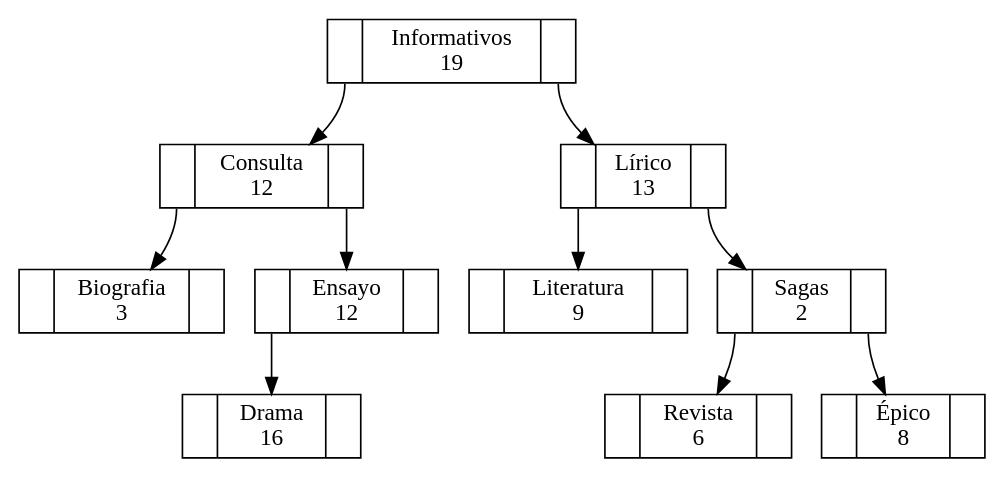
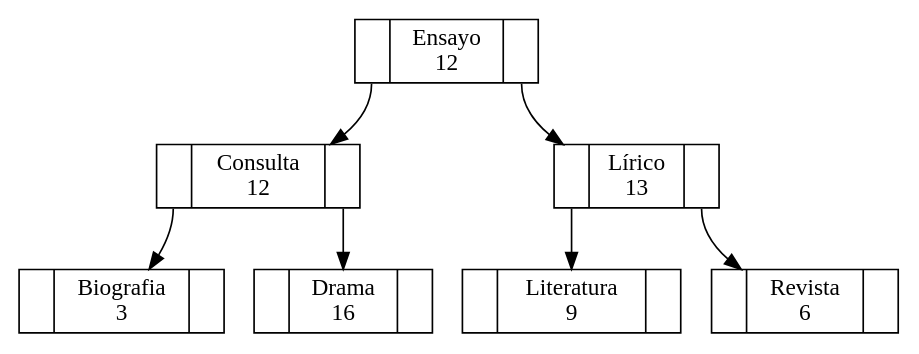
Before and after one commit to carlostex98/Block-Lib: the diagram in avl.dot, drawn with Graphviz. The commit also changed 23 other files, not shown here.

```diff
--- a/avl.dot
+++ b/avl.dot
@@ -1,24 +1,18 @@
 digraph sls{
 node [shape=record];
-Informativos[label="<C0>|Informativos\n19|<C1> " ]; 
+Ensayo[label="<C0>|Ensayo\n12|<C1> " ]; 
 Lírico[label="<C0>|Lírico\n13|<C1> " ]; 
-Sagas[label="<C0>|Sagas\n2|<C1> " ]; 
-Épico[label="<C0>|Épico\n8|<C1> " ]; 
 Revista[label="<C0>|Revista\n6|<C1> " ]; 
 Literatura[label="<C0>|Literatura\n9|<C1> " ]; 
 Consulta[label="<C0>|Consulta\n12|<C1> " ]; 
-Ensayo[label="<C0>|Ensayo\n12|<C1> " ]; 
 Drama[label="<C0>|Drama\n16|<C1> " ]; 
 Biografia[label="<C0>|Biografia\n3|<C1> " ]; 
 
-Informativos:C1->Lírico; 
-Informativos:C0->Consulta; 
-Consulta:C1->Ensayo; 
+Ensayo:C1->Lírico; 
+Ensayo:C0->Consulta; 
+Consulta:C1->Drama; 
 Consulta:C0->Biografia; 
-Ensayo:C0->Drama; 
-Lírico:C1->Sagas; 
+Lírico:C1->Revista; 
 Lírico:C0->Literatura; 
-Sagas:C1->Épico; 
-Sagas:C0->Revista; 
 
 }
```
